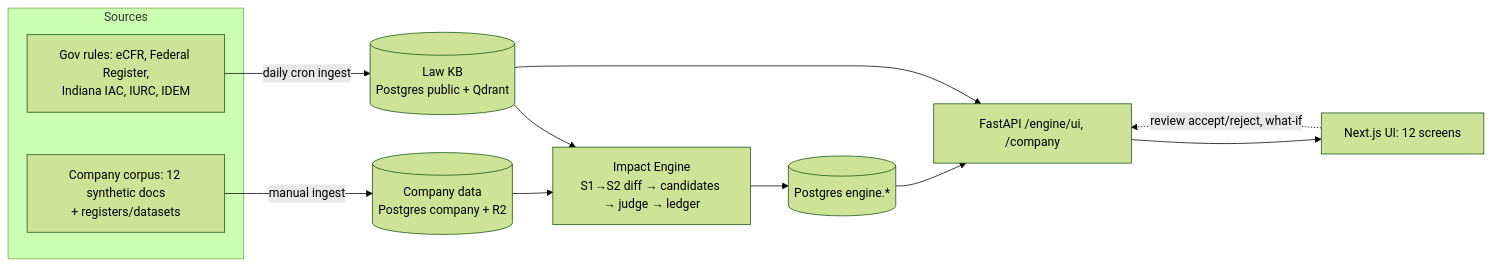
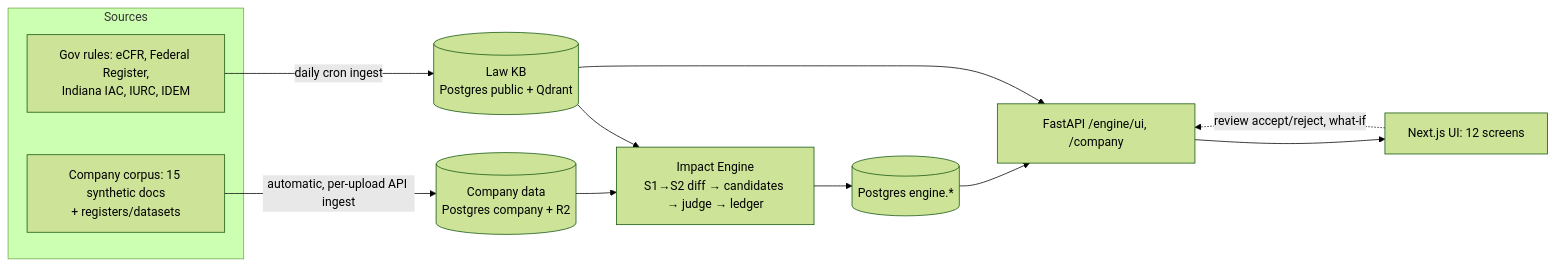
Before and after one commit to Athish49/Strata: the first of 6 diagrams in supplement_docs/application_layer/application_layer.md, drawn with Mermaid (forest theme). The commit also changed other lines of this file and 174 other files, not shown here.

````diff
--- a/supplement_docs/application_layer/application_layer.md
+++ b/supplement_docs/application_layer/application_layer.md
@@ -9,15 +9,15 @@
 ```mermaid
 flowchart LR
   subgraph SRC[Sources]
     G[Gov rules: eCFR, Federal Register,<br/>Indiana IAC, IURC, IDEM]
-    C[Company corpus: 12 synthetic docs<br/>+ registers/datasets]
+    C[Company corpus: 15 synthetic docs<br/>+ registers/datasets]
   end
   G -->|daily cron ingest| KB[(Law KB<br/>Postgres public + Qdrant)]
-  C -->|manual ingest| CO[(Company data<br/>Postgres company + R2)]
+  C -->|automatic, per-upload API ingest| CO[(Company data<br/>Postgres company + R2)]
   KB & CO --> ENG[Impact Engine<br/>S1→S2 diff → candidates → judge → ledger]
   ENG --> EN[(Postgres engine.*)]
   EN --> API[FastAPI /engine/ui, /company]
   KB --> API
   API --> UI[Next.js UI: 12 screens]
   UI -.review accept/reject, what-if.-> API
 ```
````
